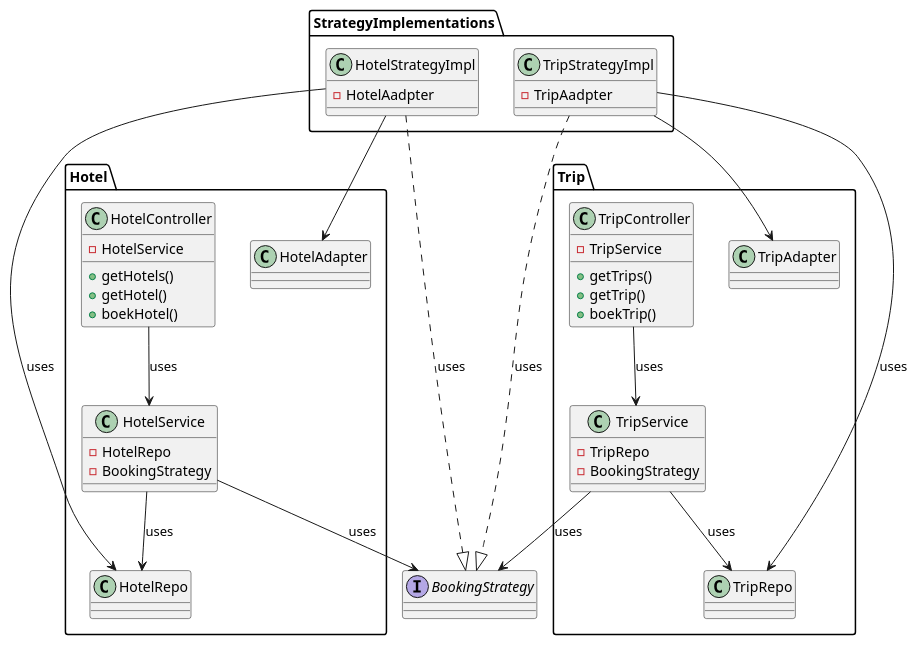
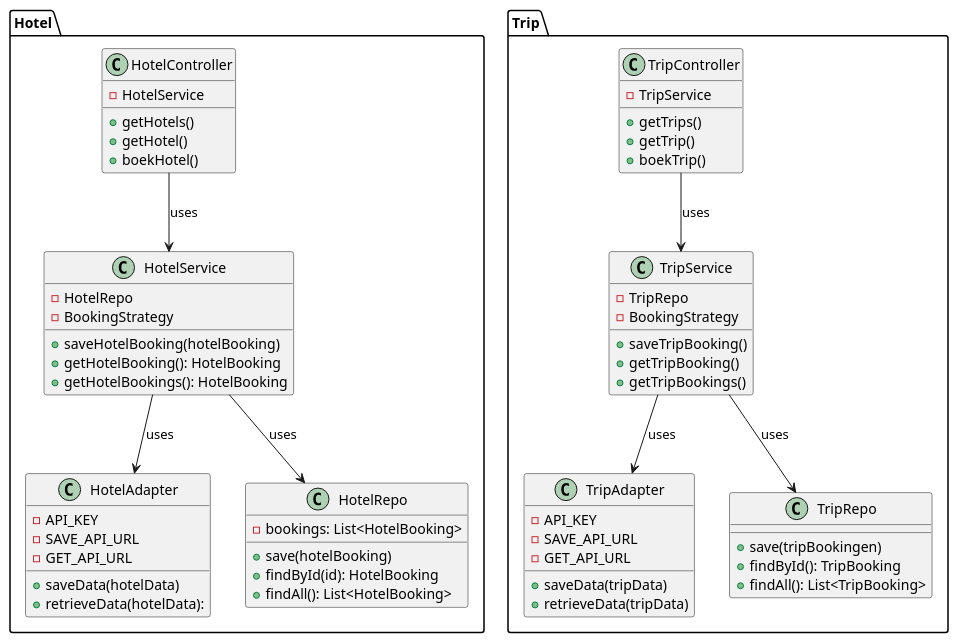
The diagram in Mike/Week2/Les 3 - Ontwerpvraag uitwerken/Class diagram.puml (AIM-ENE-feb25/triptop-dravende-dikdiks), drawn with PlantUML before and after one commit.

```diff
--- a/Mike/Week2/Les 3 - Ontwerpvraag uitwerken/Class diagram.puml
+++ b/Mike/Week2/Les 3 - Ontwerpvraag uitwerken/Class diagram.puml
@@ -1,67 +1,82 @@
 @startuml
-interface BookingStrategy{}
-
-package StrategyImplementations{
-    class HotelStrategyImpl{
-    - HotelAadpter
-    }
-    class TripStrategyImpl{
-    - TripAadpter
-    }
-}
 
 package Hotel{
-    class HotelAdapter{}
-    class HotelRepo{}
+    class HotelAdapter{
+    - API_KEY
+    - SAVE_API_URL
+    - GET_API_URL
+    + saveData(hotelData)
+    + retrieveData(hotelData): 
+    }
+
+    class HotelRepo{
+    - bookings: List<HotelBooking>
+    + save(hotelBooking)
+    + findById(id): HotelBooking
+    + findAll(): List<HotelBooking>
+    }
+
     class HotelController{
     - HotelService
     + getHotels()
     + getHotel()
     + boekHotel()
     }
+
     class HotelService{
     - HotelRepo
     - BookingStrategy
+    + saveHotelBooking(hotelBooking)
+    + getHotelBooking(): HotelBooking
+    + getHotelBookings(): HotelBooking
     }
 }
 
 package Trip{
-    class TripAdapter{}
-    class TripRepo{}
+    class TripAdapter{
+    - API_KEY
+    - SAVE_API_URL
+    - GET_API_URL
+    + saveData(tripData)
+    + retrieveData(tripData)
+    }
+
+    class TripRepo{
+    + save(tripBookingen)
+    + findById(): TripBooking
+    + findAll(): List<TripBooking>
+    }
+
     class TripController{
     - TripService
     + getTrips()
     + getTrip()
     + boekTrip()
     }
+
     class TripService{
     - TripRepo
     - BookingStrategy
+    + saveTripBooking()
+    + getTripBooking()
+    + getTripBookings()
     }
 }
 
 
-HotelStrategyImpl ..|> BookingStrategy : uses
-TripStrategyImpl ..|> BookingStrategy : uses
+
 
 HotelController --> HotelService : uses
 TripController --> TripService : uses
 
 HotelService --> HotelRepo : uses
 TripService --> TripRepo : uses
 
-HotelService --> BookingStrategy : uses
-TripService --> BookingStrategy : uses
-
-HotelStrategyImpl --> HotelRepo : uses
-TripStrategyImpl --> TripRepo : uses
-
-
-HotelStrategyImpl --> HotelAdapter
-TripStrategyImpl --> TripAdapter
+HotelService --> HotelAdapter : uses
+TripService --> TripAdapter : uses
 
 
 
 
 
 @enduml
```
